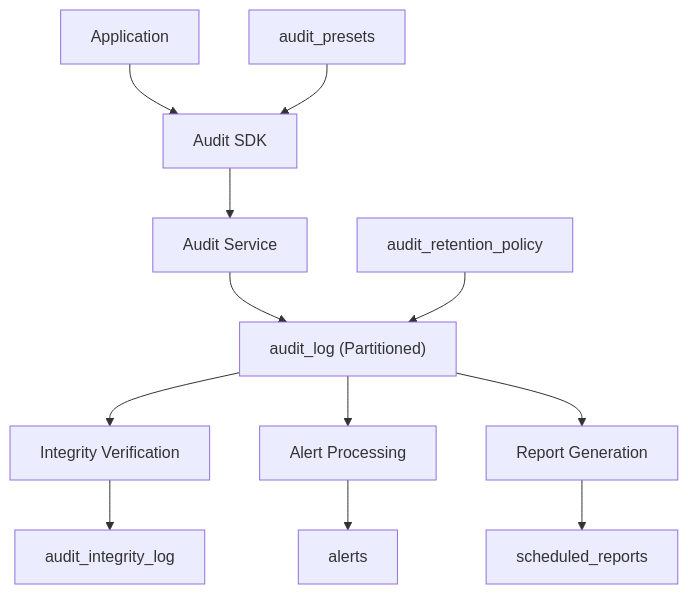
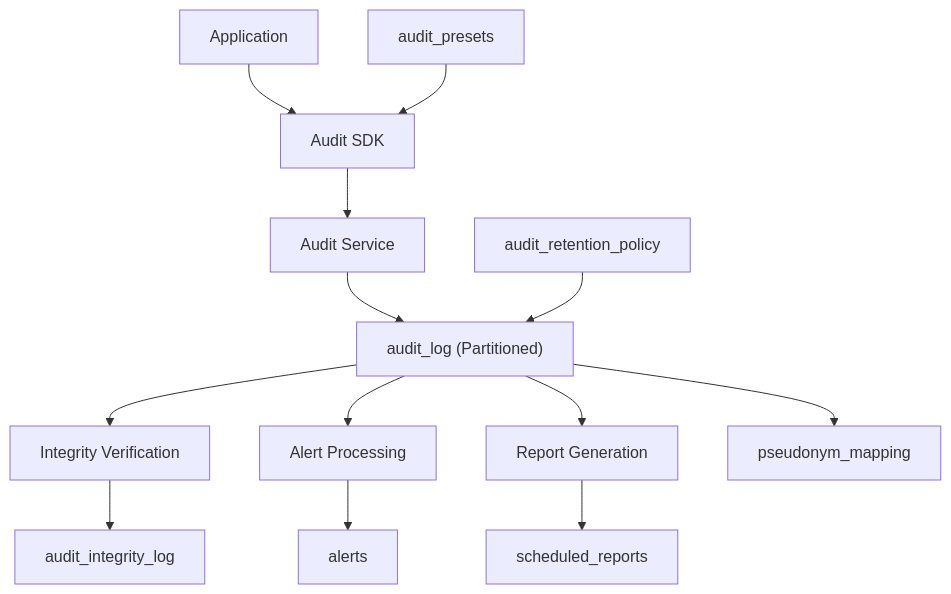
Before and after one commit to smedrec/smart-logs: the second of 6 diagrams in .qoder/repowiki/en/content/Audit Database/Database Schema.md, drawn with Mermaid. The commit also changed other lines of this file and 22 other files, not shown here.

First line of the commit message:
feat(documentation): add comprehensive plugin architecture and GDPR pseudonymization docs

````diff
--- a/.qoder/repowiki/en/content/Audit Database/Database Schema.md
+++ b/.qoder/repowiki/en/content/Audit Database/Database Schema.md
@@ -91,14 +105,15 @@
 ```mermaid
 graph TD
 A["Application"] --> B["Audit SDK"]
 B --> C["Audit Service"]
 C --> D["audit_log (Partitioned)"]
 D --> E["Integrity Verification"]
 D --> F["Alert Processing"]
 D --> G["Report Generation"]
 E --> H["audit_integrity_log"]
 F --> I["alerts"]
 G --> J["scheduled_reports"]
 K["audit_retention_policy"] --> D
 L["audit_presets"] --> B
+D --> M["pseudonym_mapping"]
 ```
````
